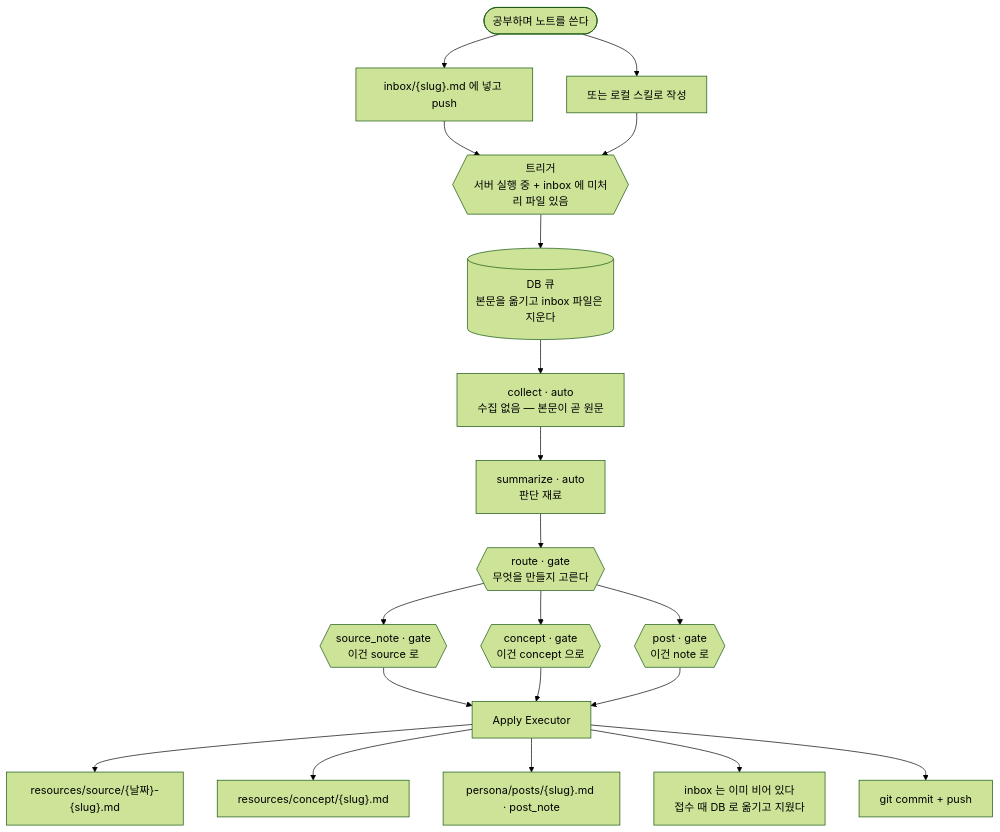
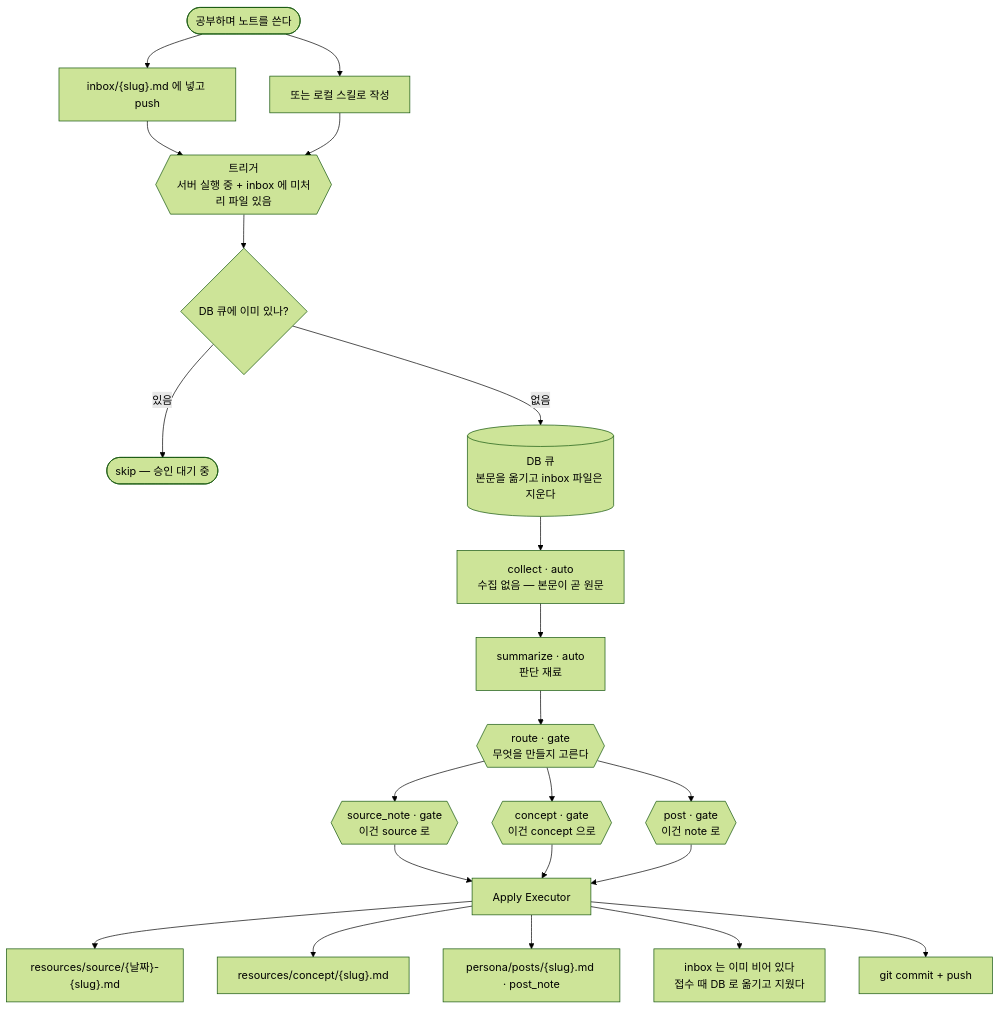
The fourth of 4 diagrams in products/kknaks-dev/00-baseline/baseline-007-update-lines-by-case.md (kknaks/kknaks_profile), drawn with Mermaid (forest theme) before and after one commit. The commit also changed other lines of this file, not shown here.

````diff
--- a/products/kknaks-dev/00-baseline/baseline-007-update-lines-by-case.md
+++ b/products/kknaks-dev/00-baseline/baseline-007-update-lines-by-case.md
@@ -207,26 +207,28 @@
 ```mermaid
 flowchart TD
     W(["공부하며 노트를 쓴다"]) --> P1["inbox/{slug}.md 에 넣고 push"]
     W --> P2["또는 로컬 스킬로 작성"]
     P1 --> T{{"트리거<br/>서버 실행 중 + inbox 에 미처리 파일 있음"}}
     P2 --> T
-    T --> Q[("DB 큐<br/>본문을 옮기고 inbox 파일은 지운다")]
+    T --> DQ{"DB 큐에 이미 있나?"}
+    DQ -->|"있음"| SK(["skip — 승인 대기 중"])
+    DQ -->|"없음"| Q[("DB 큐<br/>본문을 옮기고 inbox 파일은 지운다")]
 
     Q --> C["collect · auto<br/>수집 없음 — 본문이 곧 원문"]
     C --> S["summarize · auto<br/>판단 재료"]
 
     S --> R{{"route · gate<br/>무엇을 만들지 고른다"}}
     R --> G1{{"source_note · gate<br/>이건 source 로"}}
     R --> G2{{"concept · gate<br/>이건 concept 으로"}}
     R --> G3{{"post · gate<br/>이건 note 로"}}
 
     G1 --> A["Apply Executor"]
     G2 --> A
     G3 --> A
 
     A --> D1["resources/source/{날짜}-{slug}.md"]
     A --> D2["resources/concept/{slug}.md"]
     A --> D3["persona/posts/{slug}.md · post_note"]
     A --> D4["inbox 는 이미 비어 있다<br/>접수 때 DB 로 옮기고 지웠다"]
     A --> D5["git commit + push"]
 ```
````
